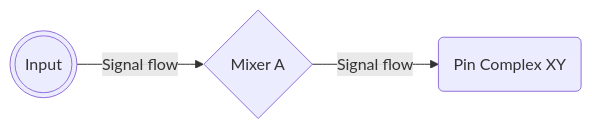
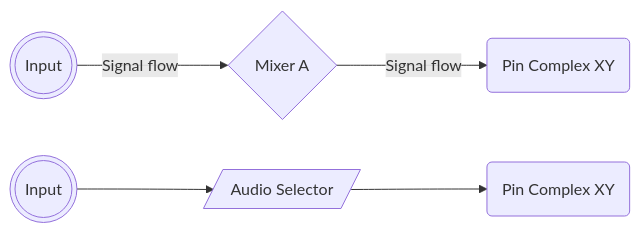
One commit to 5T33Z0/OC-Little-Translated changed the first of 9 diagrams in L_ALC_Layout-ID/README.md. Above: the diagram before and after it, drawn with Mermaid. The commit also changed other lines of this file, not shown here.

````diff
--- a/L_ALC_Layout-ID/README.md
+++ b/L_ALC_Layout-ID/README.md
@@ -192,4 +192,5 @@
 	```mermaid
 	flowchart LR
-		id1(((Input))) -->|Signal flow|Aid2{Mixer A} -->|Signal flow|id2(Pin Complex XY)
+		id1(((Input))) -->|Signal flow|id2{Mixer A} -->|Signal flow|id3(Pin Complex XY)
+		id4(((Input))) -->id5[/Audio Selector/]-->id6(Pin Complex XY)
 	```
````
